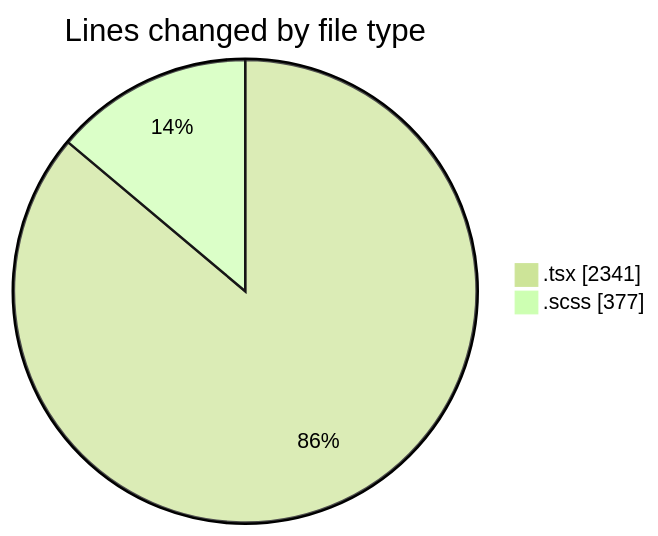
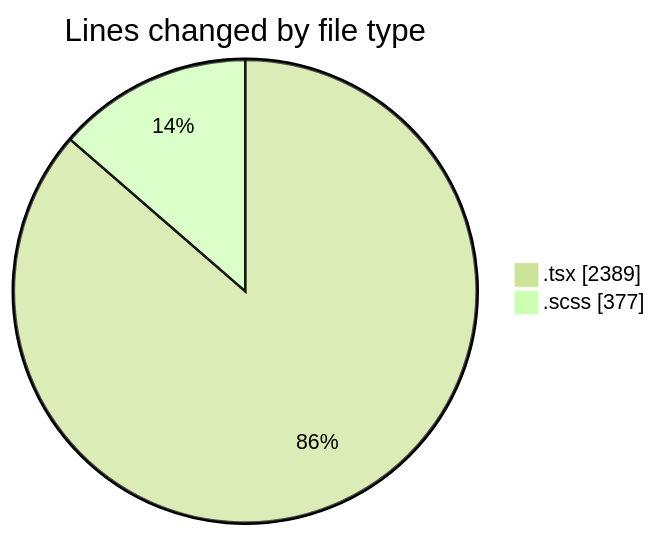
Before and after one commit to momahboobian/code-tracking: the first of 2 diagrams in 2025-09-30/cda/README.md, drawn with Mermaid (forest theme). The commit also changed other lines of this file and 1 other file, not shown here.

````diff
--- a/2025-09-30/cda/README.md
+++ b/2025-09-30/cda/README.md
@@ -23,6 +23,6 @@
 ```mermaid
 pie showData
 title Lines changed by file type
-".tsx" : 2341
+".tsx" : 2389
 ".scss" : 377
 ```
````
